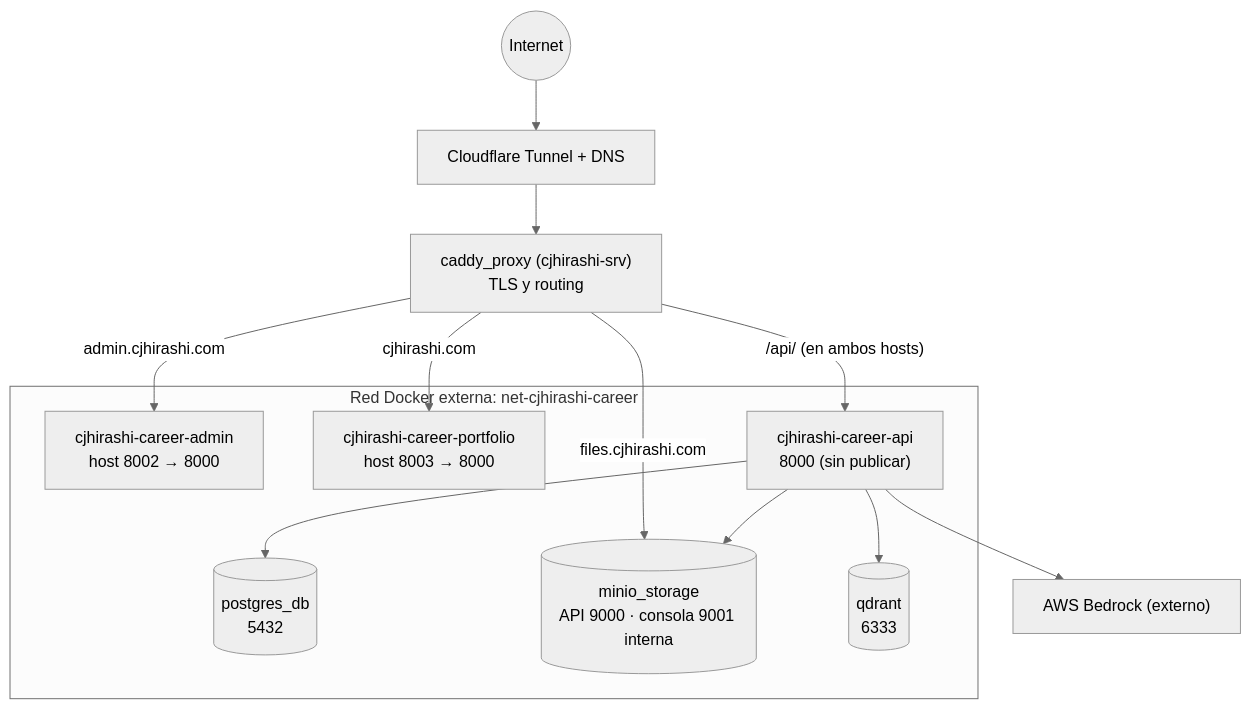
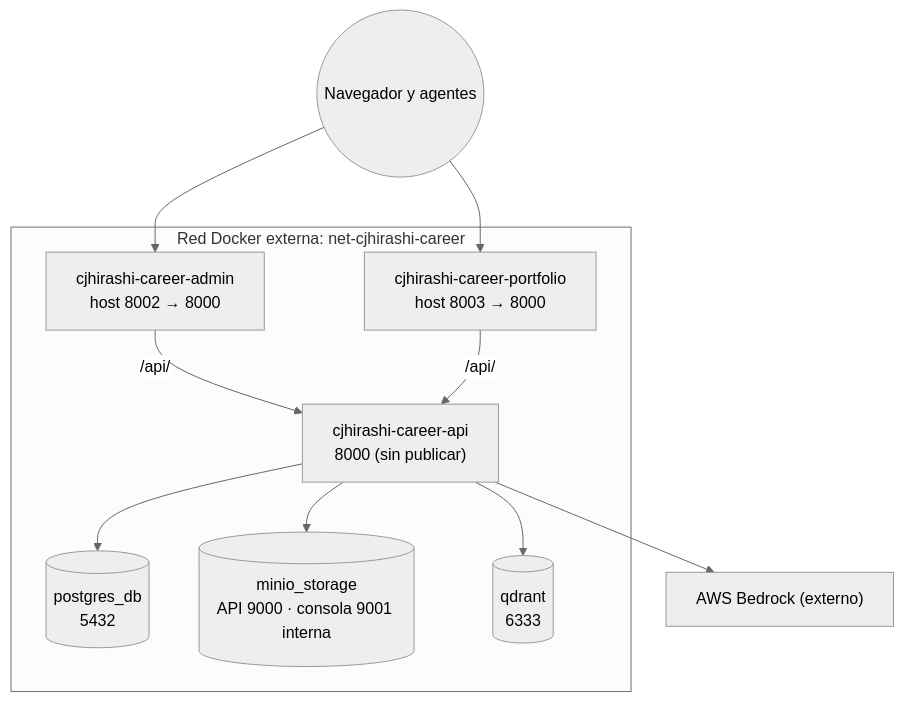
The diagram in docs/07-DEPLOYMENT-VIEW.md (cjhirashi/cjhirashi-career), drawn with Mermaid (neutral theme) before and after one commit. The commit also changed other lines of this file and 19 other files, not shown here.

````diff
--- a/docs/07-DEPLOYMENT-VIEW.md
+++ b/docs/07-DEPLOYMENT-VIEW.md
@@ -12,23 +12,22 @@
 ```mermaid
 graph TB
-    Internet((Internet)) --> CF["Cloudflare Tunnel + DNS"]
-    CF --> Caddy["caddy_proxy (cjhirashi-srv)<br/>TLS y routing"]
+    Cliente((Navegador y agentes))
 
     subgraph Net["Red Docker externa: net-cjhirashi-career"]
         Admin["cjhirashi-career-admin<br/>host 8002 → 8000"]
         Portal["cjhirashi-career-portfolio<br/>host 8003 → 8000"]
         API["cjhirashi-career-api<br/>8000 (sin publicar)"]
         PG[("postgres_db<br/>5432")]
         S3[("minio_storage<br/>API 9000 · consola 9001 interna")]
         Q[("qdrant<br/>6333")]
     end
 
-    Caddy -->|admin.cjhirashi.com| Admin
-    Caddy -->|cjhirashi.com| Portal
-    Caddy -->|files.cjhirashi.com| S3
-    Caddy -->|"/api/ (en ambos hosts)"| API
+    Cliente --> Admin
+    Cliente --> Portal
+    Admin -->|/api/| API
+    Portal -->|/api/| API
     API --> PG
     API --> S3
     API --> Q
     API --> AWS["AWS Bedrock (externo)"]
 ```
````
